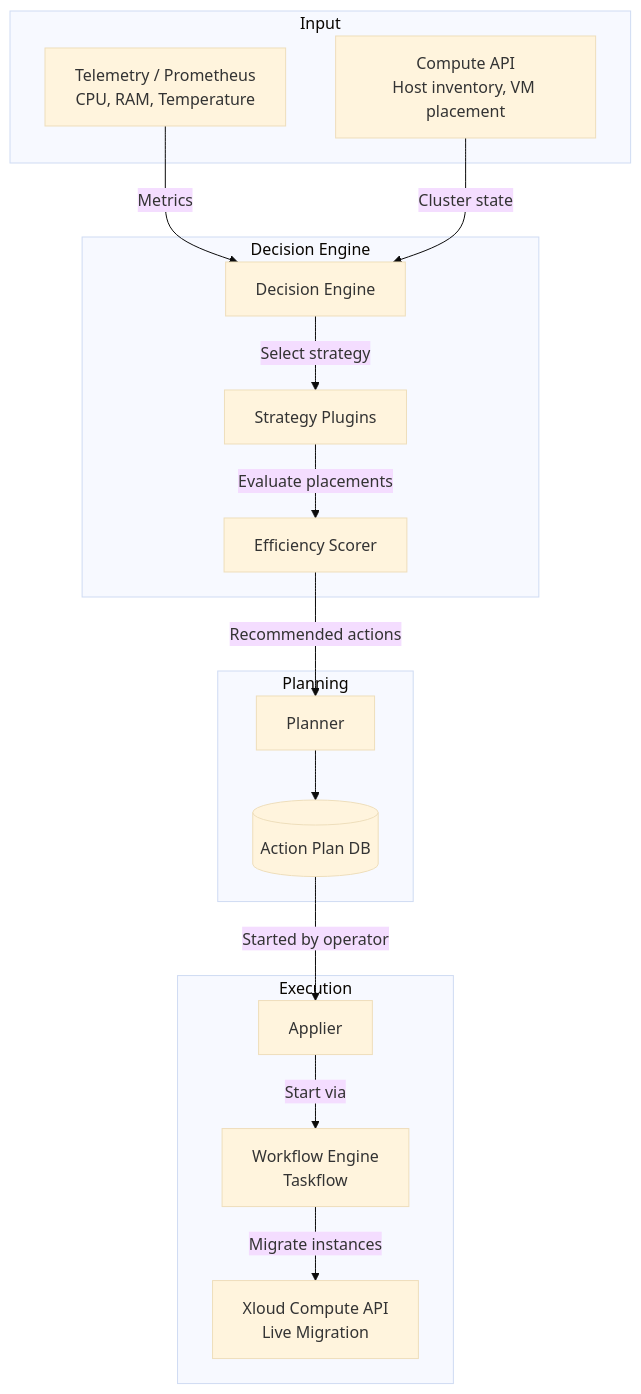
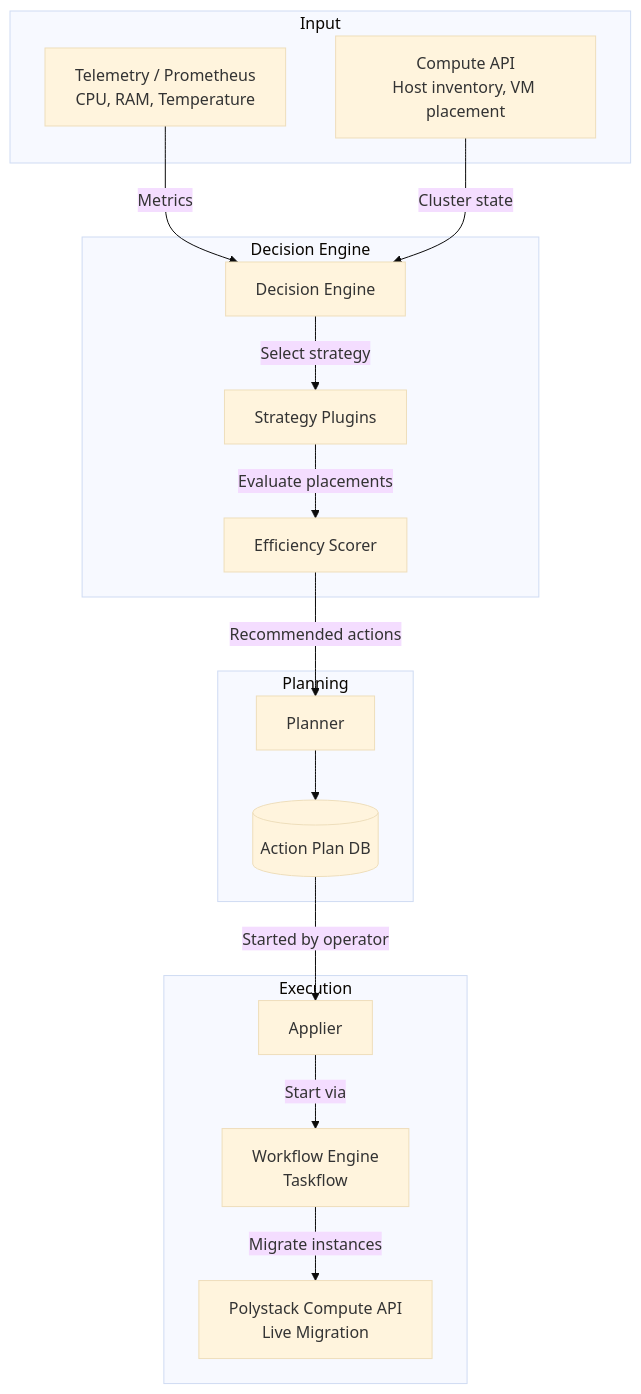
The first of 2 diagrams in services/optimization/admin-guide/architecture.mdx (ankur-kumar87/docs-polystack), drawn with Mermaid (base theme) before and after one commit. The commit also changed other lines of this file and 425 other files, not shown here.

````diff
--- a/services/optimization/admin-guide/architecture.mdx
+++ b/services/optimization/admin-guide/architecture.mdx
@@ -23,34 +23,34 @@
 ```mermaid
 graph TD
     subgraph Input
         DS1[Telemetry / Prometheus<br/>CPU, RAM, Temperature]
         DS2[Compute API<br/>Host inventory, VM placement]
     end
 
     subgraph Decision Engine
         DE[Decision Engine]
         STR[Strategy Plugins]
         SCORER[Efficiency Scorer]
     end
 
     subgraph Planning
         PL[Planner]
         AP[(Action Plan DB)]
     end
 
     subgraph Execution
         APP[Applier]
         WF[Workflow Engine<br/>Taskflow]
-        NOVA[Xloud Compute API<br/>Live Migration]
+        NOVA[Polystack Compute API<br/>Live Migration]
     end
 
     DS1 -->|Metrics| DE
     DS2 -->|Cluster state| DE
     DE -->|Select strategy| STR
     STR -->|Evaluate placements| SCORER
     SCORER -->|Recommended actions| PL
     PL --> AP
     AP -->|Started by operator| APP
     APP -->|Start via| WF
     WF -->|Migrate instances| NOVA
 ```
````
